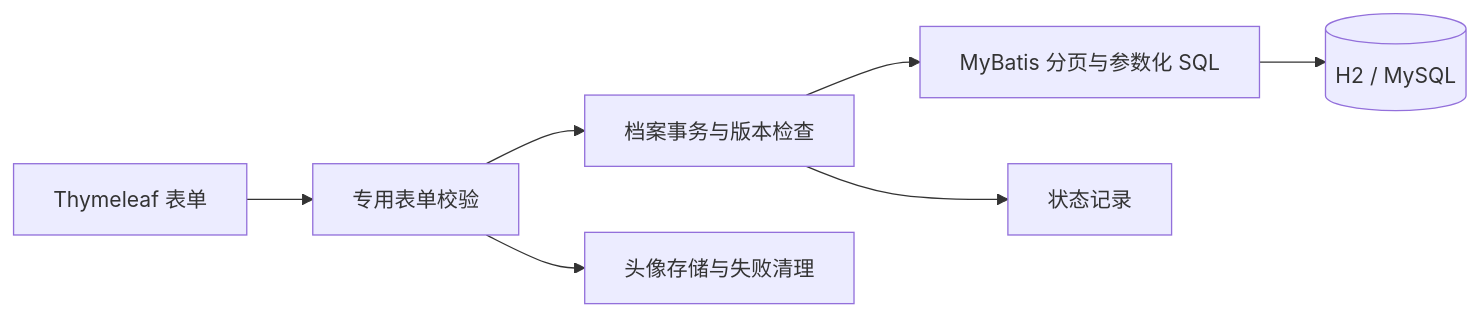
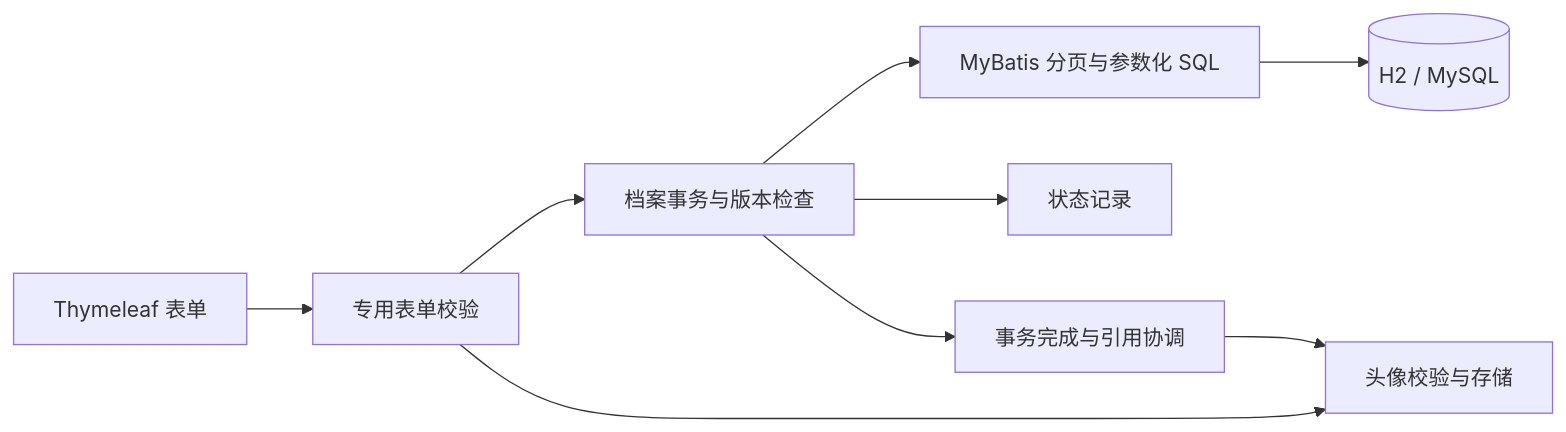
One commit to GFLabandon/user-management changed the diagram in README.md. Above: the diagram before and after it, drawn with Mermaid. The commit also changed other lines of this file and 19 other files, not shown here.

````diff
--- a/README.md
+++ b/README.md
@@ -99,9 +99,11 @@
 ```mermaid
 flowchart LR
     Browser[Thymeleaf 表单] --> Controller[专用表单校验]
     Controller --> Service[档案事务与版本检查]
     Service --> Mapper[MyBatis 分页与参数化 SQL]
     Mapper --> DB[(H2 / MySQL)]
     Service --> History[状态记录]
-    Controller --> Storage[头像存储与失败清理]
+    Controller --> Storage[头像校验与存储]
+    Service --> Lifecycle[事务完成与引用协调]
+    Lifecycle --> Storage
 ```
````
